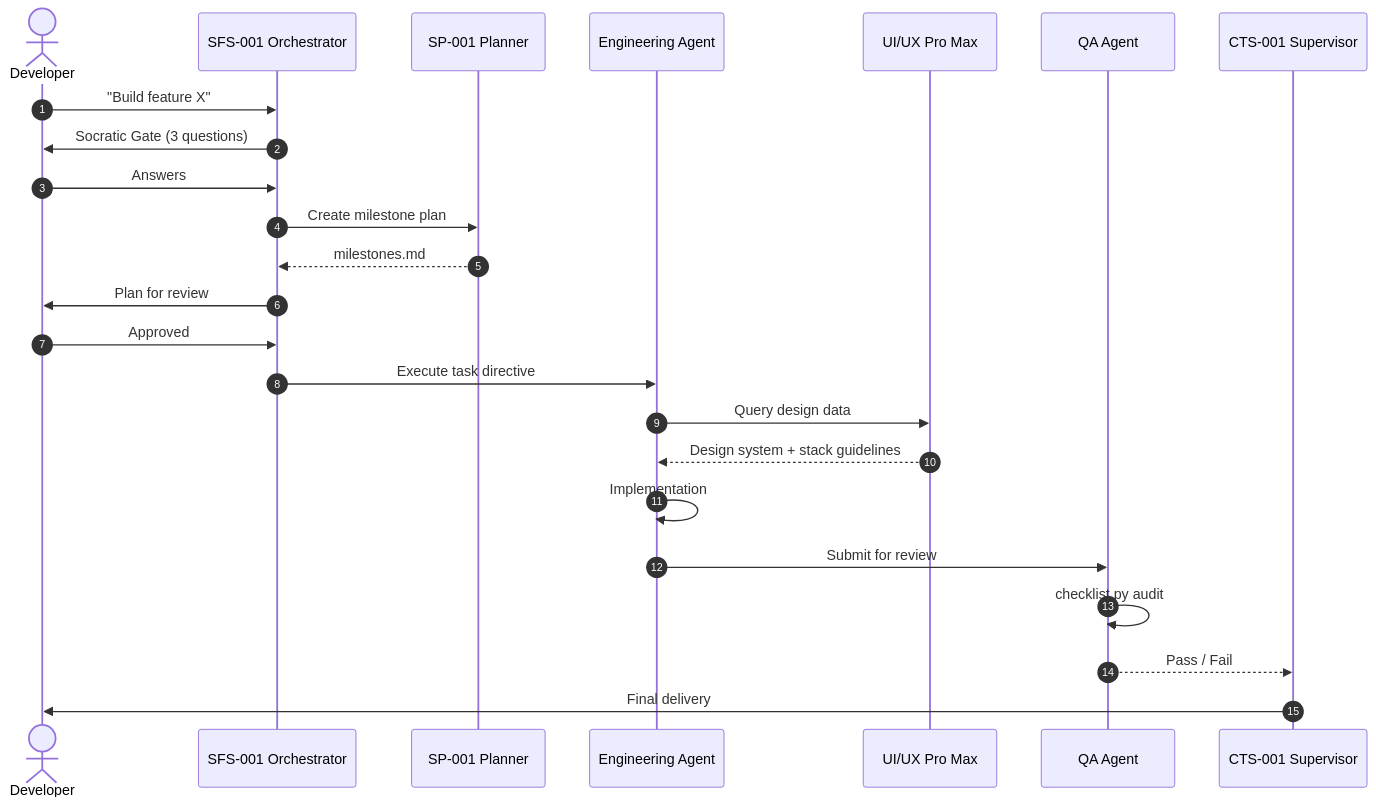
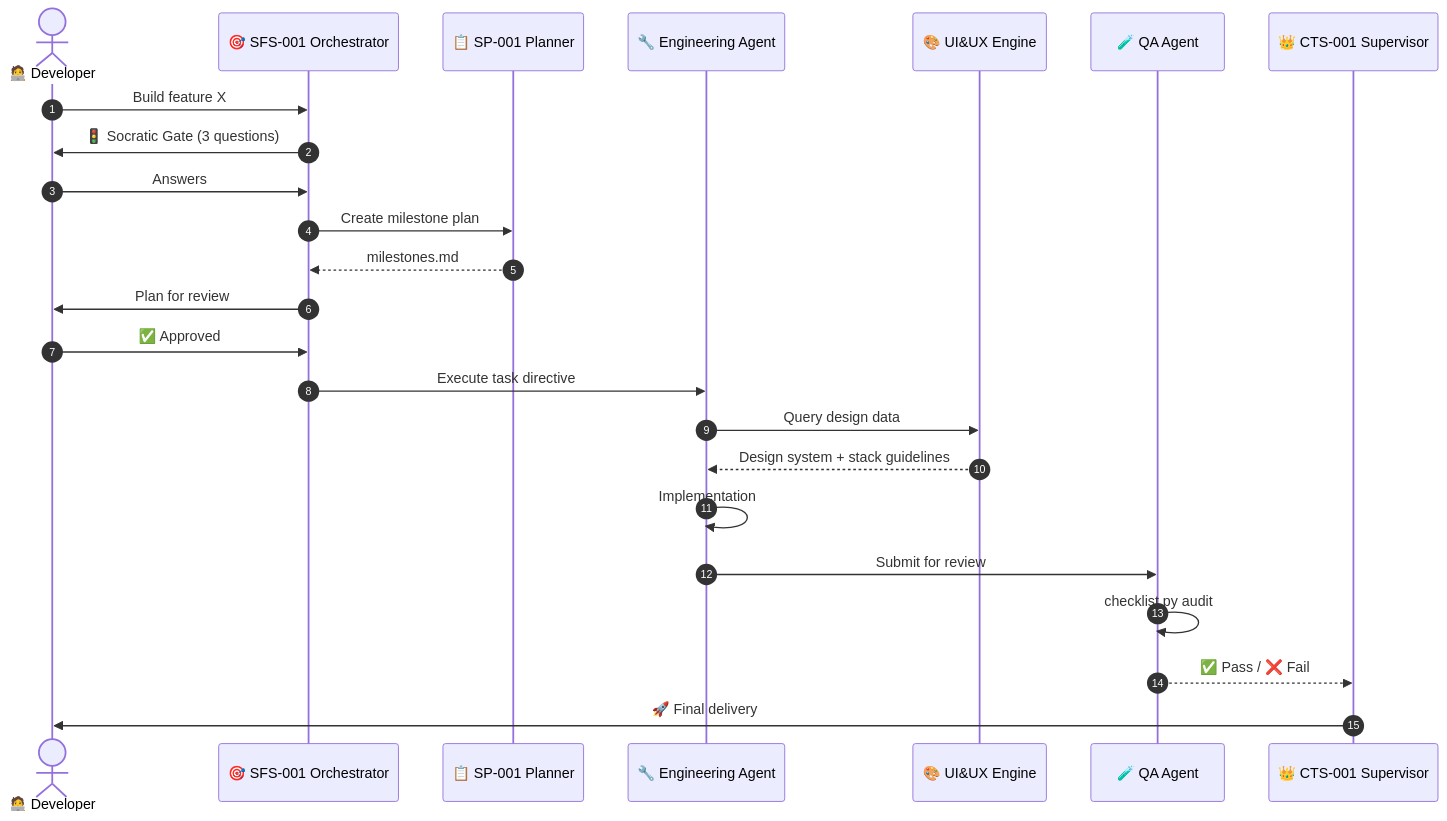
Before and after one commit to Ab-aswini/Agent-kit-P1: the fifth of 7 diagrams in README.md, drawn with Mermaid. The commit also changed other lines of this file, not shown here.

Commit message:
docs: candy-style README with vibrant Mermaid diagrams, UI&UX branding, enhanced install section

````diff
--- a/README.md
+++ b/README.md
@@ -300,27 +343,27 @@
 ```mermaid
 sequenceDiagram
   autonumber
-  actor User as Developer
-  participant SFS as SFS-001 Orchestrator
-  participant SP as SP-001 Planner
-  participant ENG as Engineering Agent
-  participant UX as UI/UX Pro Max
-  participant QA as QA Agent
-  participant CTS as CTS-001 Supervisor
+  actor User as 🧑‍💻 Developer
+  participant SFS as 🎯 SFS-001 Orchestrator
+  participant SP as 📋 SP-001 Planner
+  participant ENG as 🔧 Engineering Agent
+  participant UX as 🎨 UI&UX Engine
+  participant QA as 🧪 QA Agent
+  participant CTS as 👑 CTS-001 Supervisor
 
-  User->>SFS: "Build feature X"
-  SFS->>User: Socratic Gate (3 questions)
+  User->>SFS: Build feature X
+  SFS->>User: 🚦 Socratic Gate (3 questions)
   User->>SFS: Answers
   SFS->>SP: Create milestone plan
   SP-->>SFS: milestones.md
   SFS->>User: Plan for review
-  User->>SFS: Approved
+  User->>SFS: ✅ Approved
   SFS->>ENG: Execute task directive
   ENG->>UX: Query design data
   UX-->>ENG: Design system + stack guidelines
   ENG->>ENG: Implementation
   ENG->>QA: Submit for review
   QA->>QA: checklist.py audit
-  QA-->>CTS: Pass / Fail
-  CTS->>User: Final delivery
+  QA-->>CTS: ✅ Pass / ❌ Fail
+  CTS->>User: 🚀 Final delivery
 ```
````
